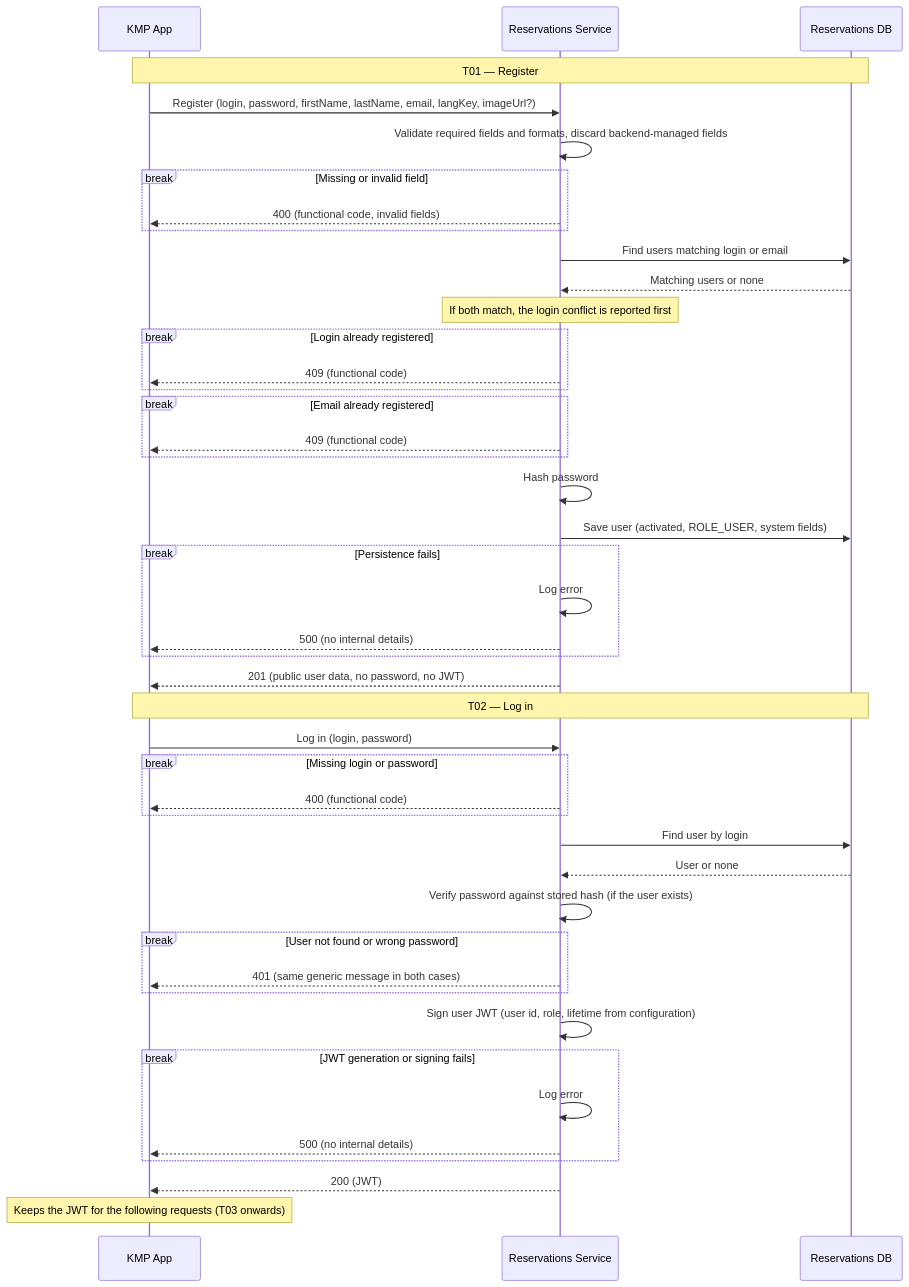
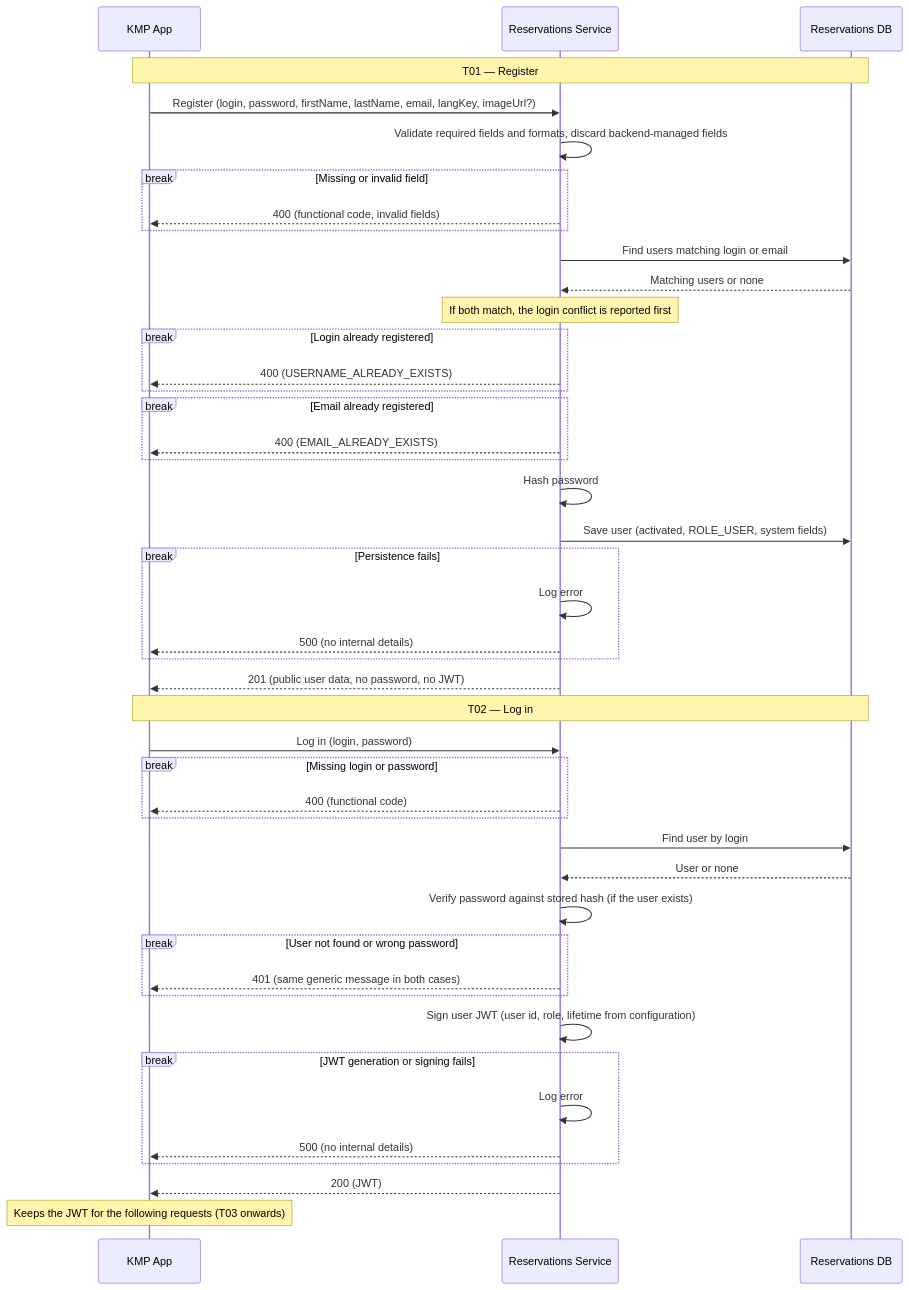
One commit to Programacion2-IgnacioMilutin-2026/turnos_service changed the first of 7 diagrams in docs/secuencias/turnos_y_reservas_secuencia.md. Above: the diagram before and after it, drawn with Mermaid. The commit also changed 13 other files, not shown here.

````diff
--- a/docs/secuencias/turnos_y_reservas_secuencia.md
+++ b/docs/secuencias/turnos_y_reservas_secuencia.md
@@ -7,48 +7,48 @@
 ```mermaid
 sequenceDiagram
     participant App as KMP App
     participant Service as Reservations Service
     participant DB as Reservations DB
 
     Note over App,DB: T01 — Register
     App->>Service: Register (login, password, firstName, lastName, email, langKey, imageUrl?)
     Service->>Service: Validate required fields and formats, discard backend-managed fields
     break Missing or invalid field
         Service-->>App: 400 (functional code, invalid fields)
     end
         Service->>DB: Find users matching login or email
     DB-->>Service: Matching users or none
     Note over Service: If both match, the login conflict is reported first
     break Login already registered
-        Service-->>App: 409 (functional code)
+        Service-->>App: 400 (USERNAME_ALREADY_EXISTS)
     end
     break Email already registered
-        Service-->>App: 409 (functional code)
+        Service-->>App: 400 (EMAIL_ALREADY_EXISTS)
     end
     Service->>Service: Hash password
     Service->>DB: Save user (activated, ROLE_USER, system fields)
     break Persistence fails
         Service->>Service: Log error
         Service-->>App: 500 (no internal details)
     end
     Service-->>App: 201 (public user data, no password, no JWT)
 
     Note over App,DB: T02 — Log in
     App->>Service: Log in (login, password)
     break Missing login or password
         Service-->>App: 400 (functional code)
     end
     Service->>DB: Find user by login
     DB-->>Service: User or none
     Service->>Service: Verify password against stored hash (if the user exists)
     break User not found or wrong password
         Service-->>App: 401 (same generic message in both cases)
     end
     Service->>Service: Sign user JWT (user id, role, lifetime from configuration)
     break JWT generation or signing fails
         Service->>Service: Log error
         Service-->>App: 500 (no internal details)
     end
     Service-->>App: 200 (JWT)
     Note over App: Keeps the JWT for the following requests (T03 onwards)
 ```
````
